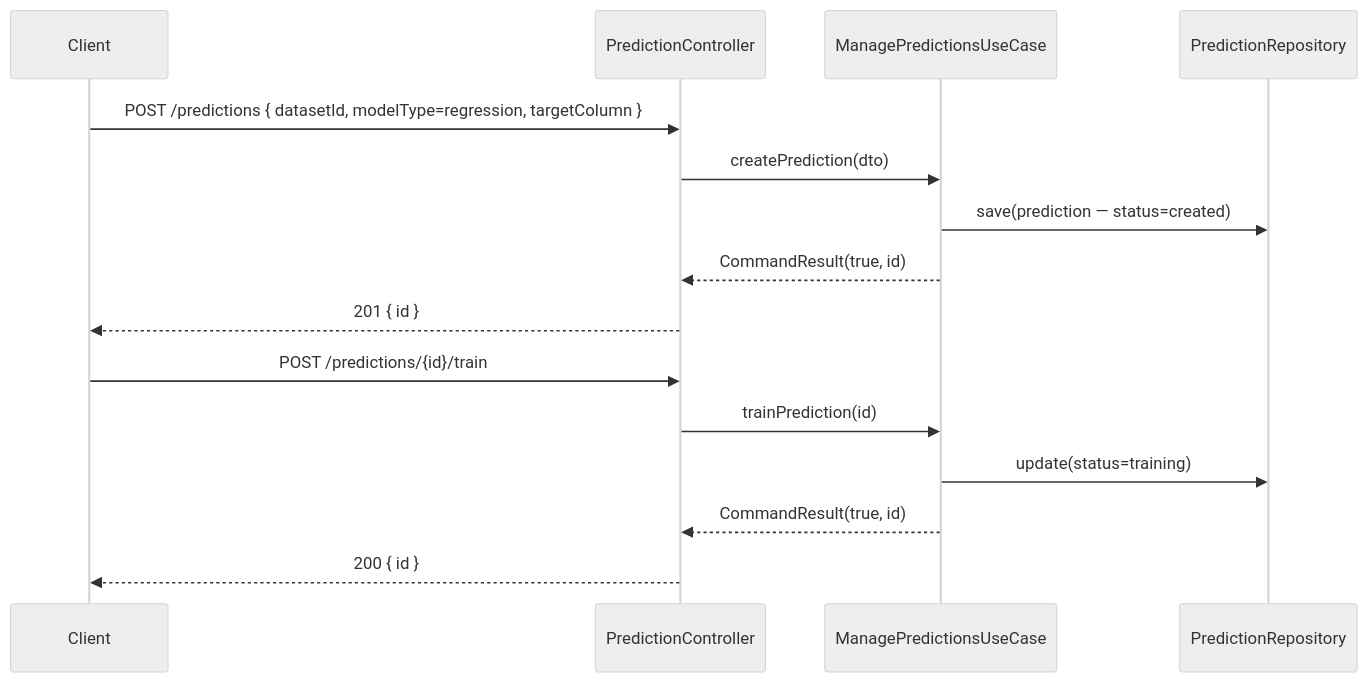
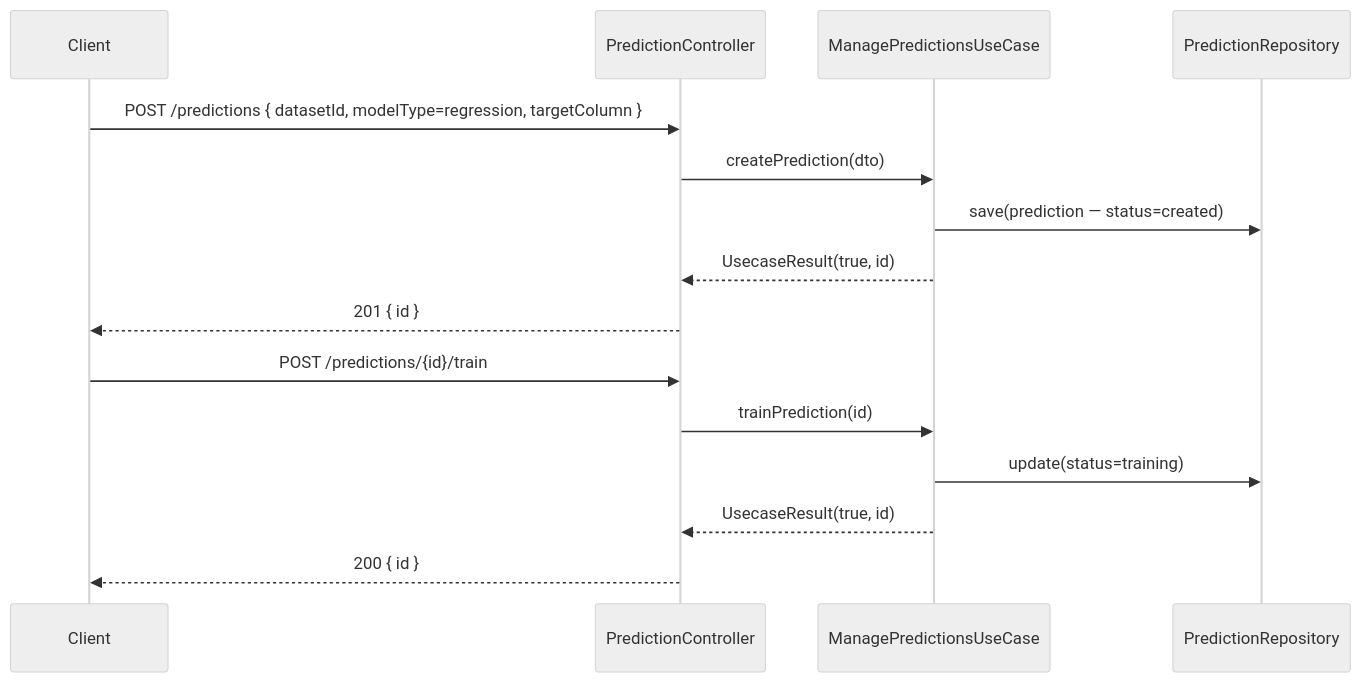
The fourth of 4 diagrams in failed/analytics-failed/UML.md (UIMSolutions/uim-platform), drawn with Mermaid (neutral theme) before and after one commit. The commit also changed other lines of this file and 907 other files, not shown here.

Commit message:
Rename CommandResult

````diff
--- a/failed/analytics-failed/UML.md
+++ b/failed/analytics-failed/UML.md
@@ -154,19 +154,19 @@
 ```mermaid
 sequenceDiagram
     participant Client
     participant PC as PredictionController
     participant PUC as ManagePredictionsUseCase
     participant PR as PredictionRepository
 
     Client->>PC: POST /predictions { datasetId, modelType=regression, targetColumn }
     PC->>PUC: createPrediction(dto)
     PUC->>PR: save(prediction — status=created)
-    PUC-->>PC: CommandResult(true, id)
+    PUC-->>PC: UsecaseResult(true, id)
     PC-->>Client: 201 { id }
 
     Client->>PC: POST /predictions/{id}/train
     PC->>PUC: trainPrediction(id)
     PUC->>PR: update(status=training)
-    PUC-->>PC: CommandResult(true, id)
+    PUC-->>PC: UsecaseResult(true, id)
     PC-->>Client: 200 { id }
 ```
````
